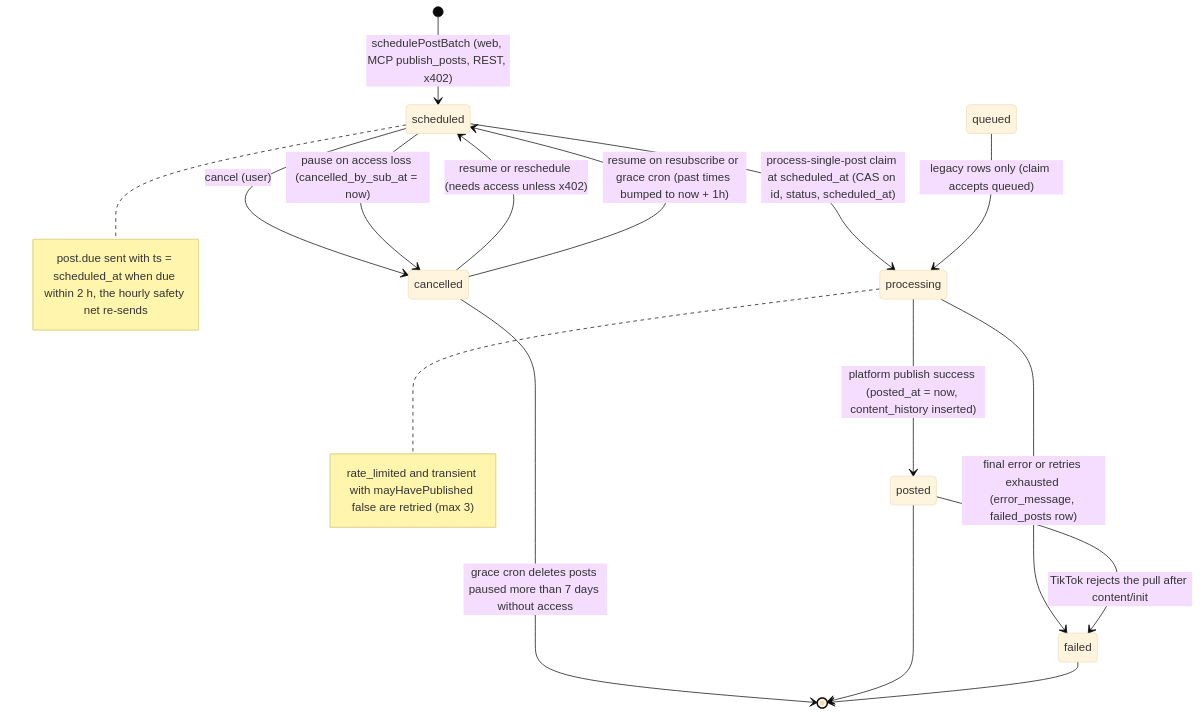
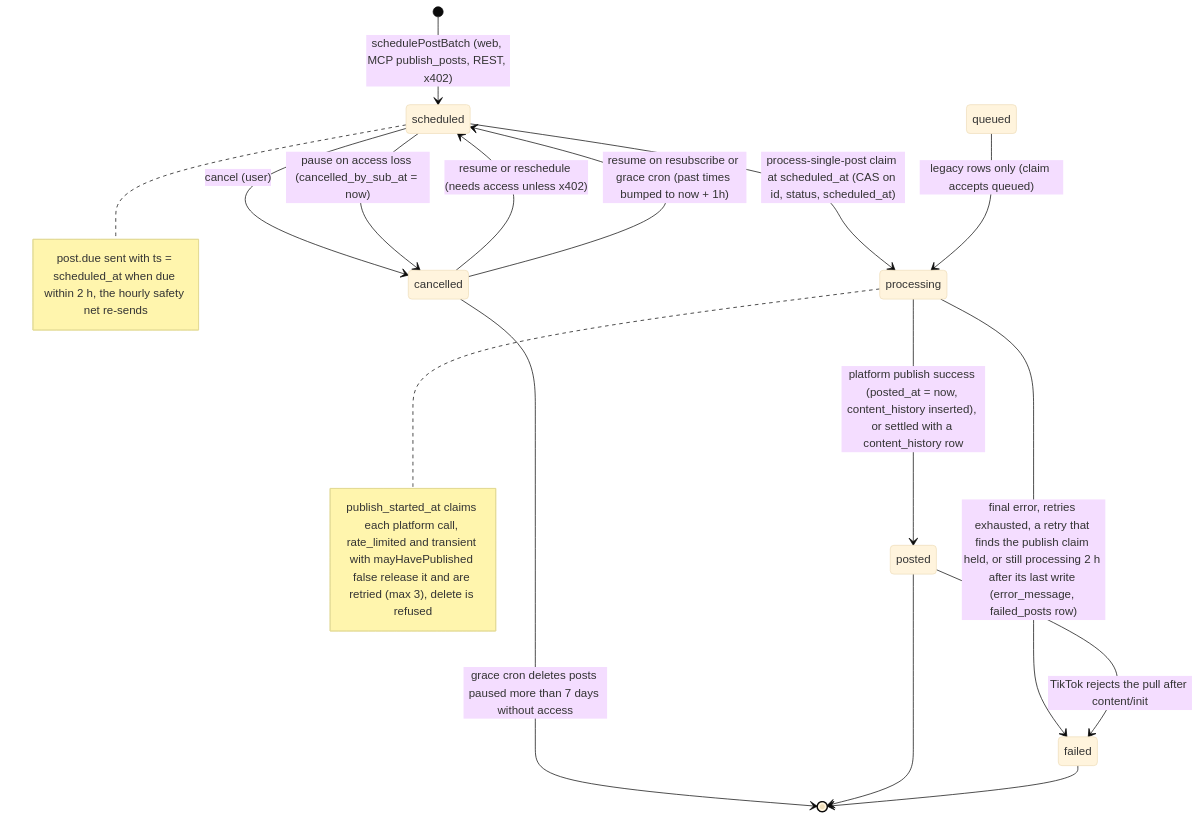
Before and after one commit to Andy00L/sharetopus: the first of 4 diagrams in docs/SCHEDULING.md, drawn with Mermaid (base theme). The commit also changed other lines of this file and 15 other files, not shown here.

First line of the commit message:
fix(posts): a scheduled post publishes at most once, delete refuses a publishing post

````diff
--- a/docs/SCHEDULING.md
+++ b/docs/SCHEDULING.md
@@ -30,19 +30,19 @@
 ```mermaid
 stateDiagram-v2
     [*] --> scheduled : schedulePostBatch (web, MCP publish_posts, REST, x402)
     scheduled --> processing : process-single-post claim at scheduled_at (CAS on id, status, scheduled_at)
     queued --> processing : legacy rows only (claim accepts queued)
     scheduled --> cancelled : cancel (user)
     scheduled --> cancelled : pause on access loss (cancelled_by_sub_at = now)
     cancelled --> scheduled : resume or reschedule (needs access unless x402)
     cancelled --> scheduled : resume on resubscribe or grace cron (past times bumped to now + 1h)
     cancelled --> [*] : grace cron deletes posts paused more than 7 days without access
-    processing --> posted : platform publish success (posted_at = now, content_history inserted)
-    processing --> failed : final error or retries exhausted (error_message, failed_posts row)
+    processing --> posted : platform publish success (posted_at = now, content_history inserted), or settled with a content_history row
+    processing --> failed : final error, retries exhausted, a retry that finds the publish claim held, or still processing 2 h after its last write (error_message, failed_posts row)
     posted --> failed : TikTok rejects the pull after content/init
     posted --> [*]
     failed --> [*]
 
     note right of scheduled : post.due sent with ts = scheduled_at when due within 2 h, the hourly safety net re-sends
-    note right of processing : rate_limited and transient with mayHavePublished false are retried (max 3)
+    note right of processing : publish_started_at claims each platform call, rate_limited and transient with mayHavePublished false release it and are retried (max 3), delete is refused
 ```
````
